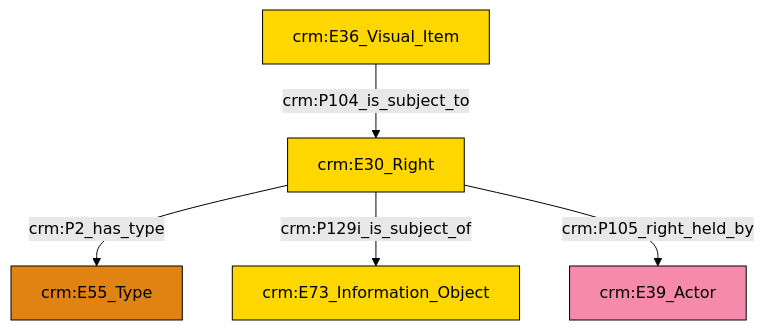
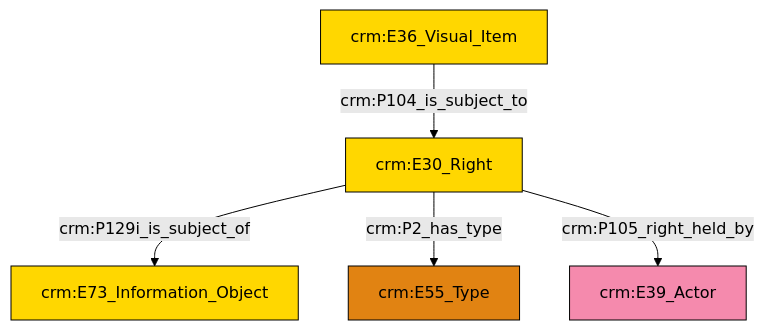
One commit to swiss-art-research-net/docs.swissartresearch changed the diagram in et/imgCSV/ttl/mmd/img_rights.ttl.mmd. Above: the diagram before and after it, drawn with Mermaid (forest theme). The commit also changed 180 other files, not shown here.

```diff
--- a/et/imgCSV/ttl/mmd/img_rights.ttl.mmd
+++ b/et/imgCSV/ttl/mmd/img_rights.ttl.mmd
@@ -1,19 +1,19 @@
 graph TD
 classDef Literal fill:#f2f2f2,stroke:#000000;
 classDef CRM_Entity fill:#FFFFFF,stroke:#000000;
 classDef Temporal_Entity fill:#00C9E6, stroke:#000000;
 classDef Type fill:#E18312, stroke:#000000;
 classDef Time-Span fill:#2C9C91, stroke:#000000;
 classDef Appellation fill:#FFEB7F, stroke:#000000;
 classDef Place fill:#008836, stroke:#000000;
 classDef Persistent_Item fill:#B266B2, stroke:#000000;
 classDef Conceptual_Object fill:#FFD700, stroke:#000000;
 classDef Physical_Thing fill:#D2B48C, stroke:#000000;
 classDef Actor fill:#f58aad, stroke:#000000;
 classDef PC_Classes fill:#4ce600, stroke:#000000;
 classDef Multi fill:#cccccc,stroke:#000000;
 
-0["crm:E30_Right"]:::Conceptual_Object -->|crm:P2_has_type| 1["crm:E55_Type"]:::Type
-0["crm:E30_Right"]:::Conceptual_Object -->|crm:P129i_is_subject_of| 2["crm:E73_Information_Object"]:::Conceptual_Object
-0["crm:E30_Right"]:::Conceptual_Object -->|crm:P105_right_held_by| 5["crm:E39_Actor"]:::Actor
-7["crm:E36_Visual_Item"]:::Conceptual_Object -->|crm:P104_is_subject_to| 0["crm:E30_Right"]:::Conceptual_Object
+2["crm:E36_Visual_Item"]:::Conceptual_Object -->|crm:P104_is_subject_to| 0["crm:E30_Right"]:::Conceptual_Object
+0["crm:E30_Right"]:::Conceptual_Object -->|crm:P129i_is_subject_of| 6["crm:E73_Information_Object"]:::Conceptual_Object
+0["crm:E30_Right"]:::Conceptual_Object -->|crm:P2_has_type| 3["crm:E55_Type"]:::Type
+0["crm:E30_Right"]:::Conceptual_Object -->|crm:P105_right_held_by| 7["crm:E39_Actor"]:::Actor
```
